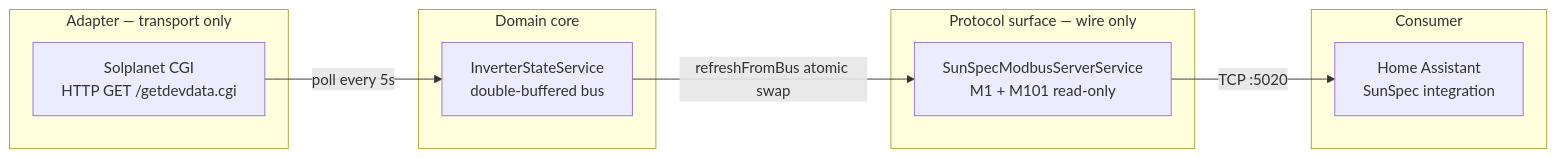
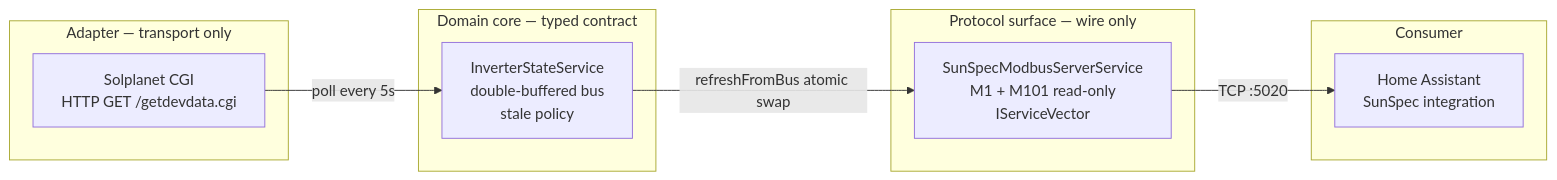
The diagram in README.md (andreuSignes/sunspec-gateway), drawn with Mermaid before and after one commit. The commit also changed other lines of this file, not shown here.

First line of the commit message:
docs: expand README with architecture details, register map, troubleshooting

````diff
--- a/README.md
+++ b/README.md
@@ -19,18 +47,18 @@
 ```mermaid
 flowchart LR
   subgraph ADAPTER [Adapter — transport only]
     SP[Solplanet CGI<br/>HTTP GET /getdevdata.cgi]
   end
-  subgraph DOMAIN [Domain core]
-    BUS[InverterStateService<br/>double-buffered bus]
+  subgraph DOMAIN [Domain core — typed contract]
+    BUS[InverterStateService<br/>double-buffered bus<br/>stale policy]
   end
   subgraph PROTOCOL [Protocol surface — wire only]
-    MB[SunSpecModbusServerService<br/>M1 + M101 read-only]
+    MB[SunSpecModbusServerService<br/>M1 + M101 read-only<br/>IServiceVector]
   end
   subgraph CONSUMER [Consumer]
     HA[Home Assistant<br/>SunSpec integration]
   end
   SP -- poll every 5s --> BUS
   BUS -- refreshFromBus atomic swap --> MB
   MB -- TCP :5020 --> HA
 ```
````
